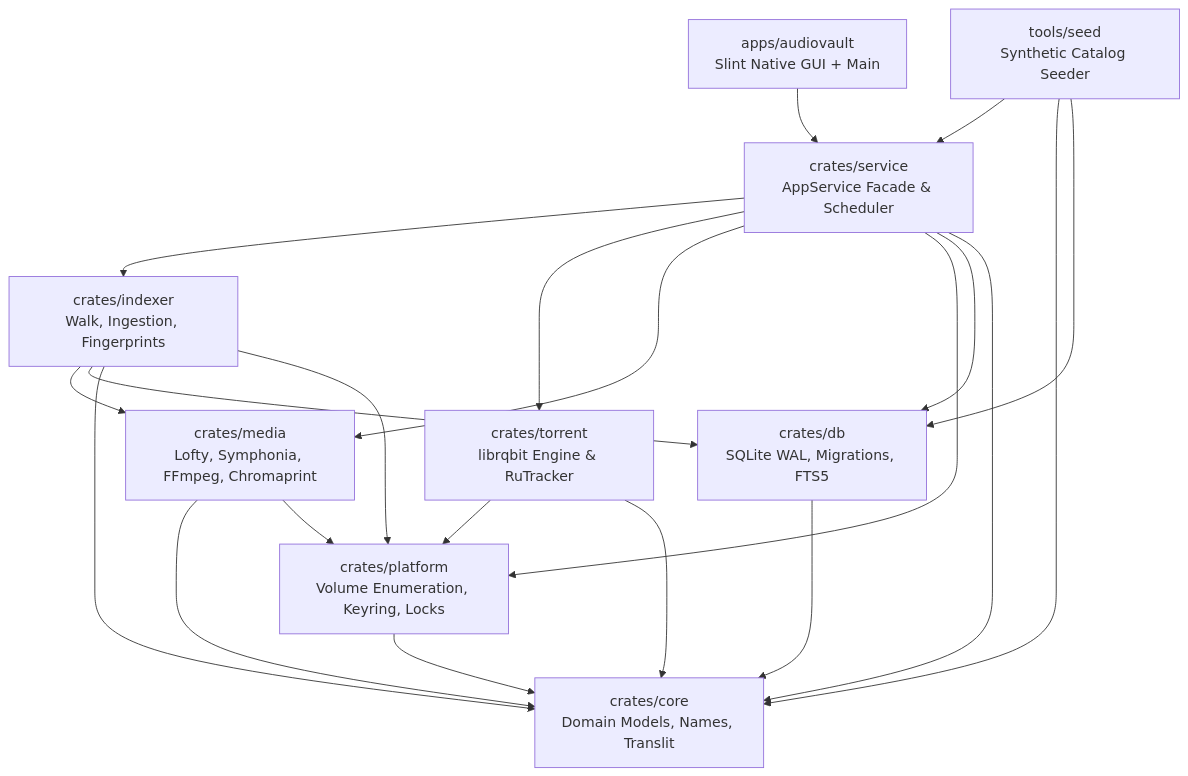
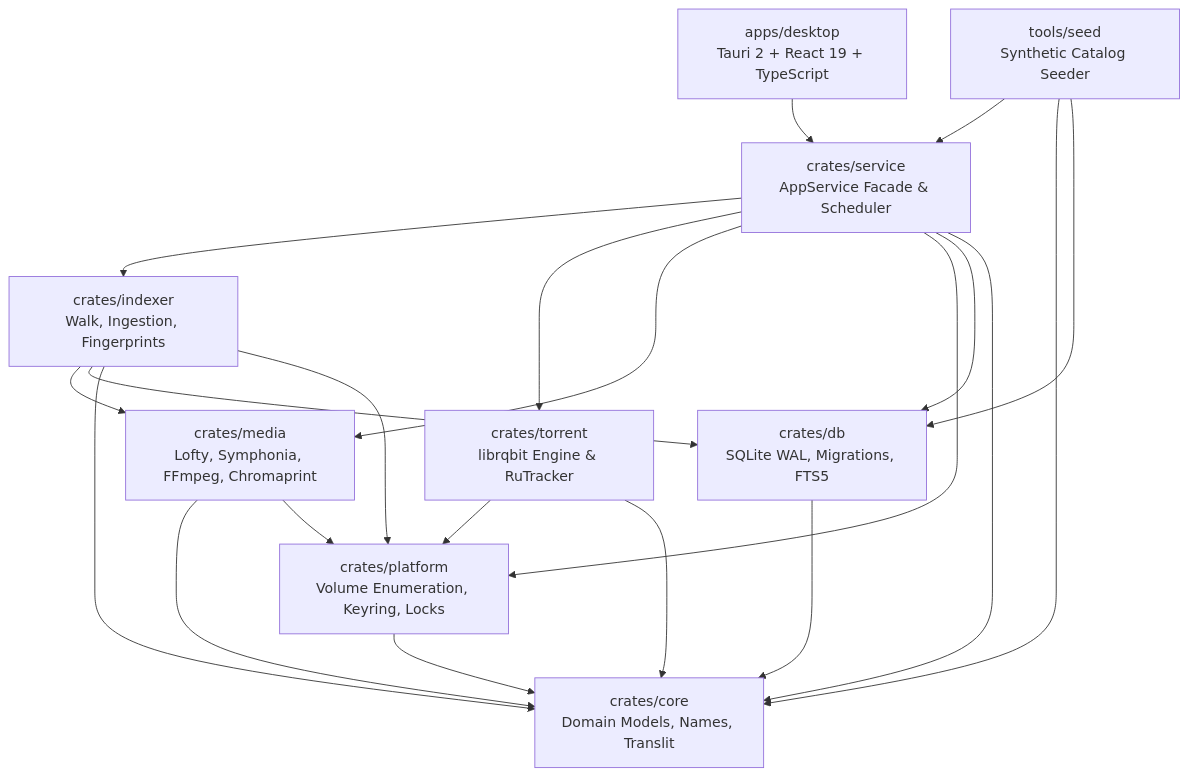
The first of 2 diagrams in ARCHITECTURE.md (TABURELTER/AudioVault), drawn with Mermaid before and after one commit. The commit also changed other lines of this file and 84 other files, not shown here.

Commit message:
Complete Tauri 2 + React 19 migration, remove Slint, wire real storage and UI views

````diff
--- a/ARCHITECTURE.md
+++ b/ARCHITECTURE.md
@@ -11,28 +11,28 @@
 ```mermaid
 graph TD
-    UI[apps/audiovault<br/>Slint Native GUI + Main] --> Service[crates/service<br/>AppService Facade & Scheduler]
+    UI[apps/desktop<br/>Tauri 2 + React 19 + TypeScript] --> Service[crates/service<br/>AppService Facade & Scheduler]
     Service --> Indexer[crates/indexer<br/>Walk, Ingestion, Fingerprints]
     Service --> Torrent[crates/torrent<br/>librqbit Engine & RuTracker]
     Service --> Media[crates/media<br/>Lofty, Symphonia, FFmpeg, Chromaprint]
     Service --> Platform[crates/platform<br/>Volume Enumeration, Keyring, Locks]
     Service --> DB[crates/db<br/>SQLite WAL, Migrations, FTS5]
     Service --> Core[crates/core<br/>Domain Models, Names, Translit]
 
     Indexer --> Media
     Indexer --> DB
     Indexer --> Core
     Indexer --> Platform
 
     Torrent --> Platform
     Torrent --> Core
 
     Media --> Core
     Media --> Platform
 
     DB --> Core
     Platform --> Core
 
     Seed[tools/seed<br/>Synthetic Catalog Seeder] --> Service
     Seed --> Core
     Seed --> DB
 ```
````
